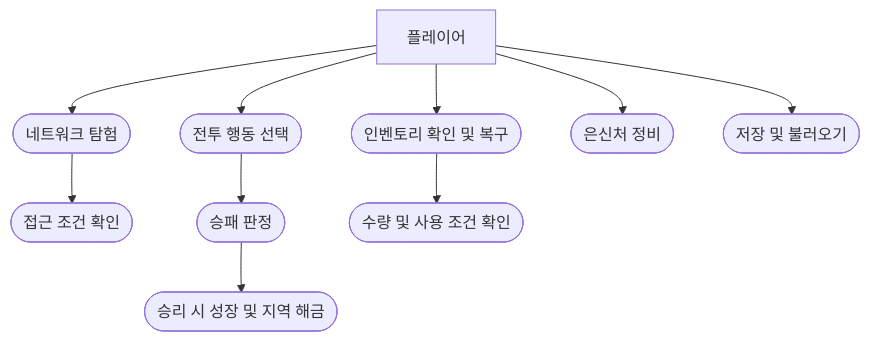
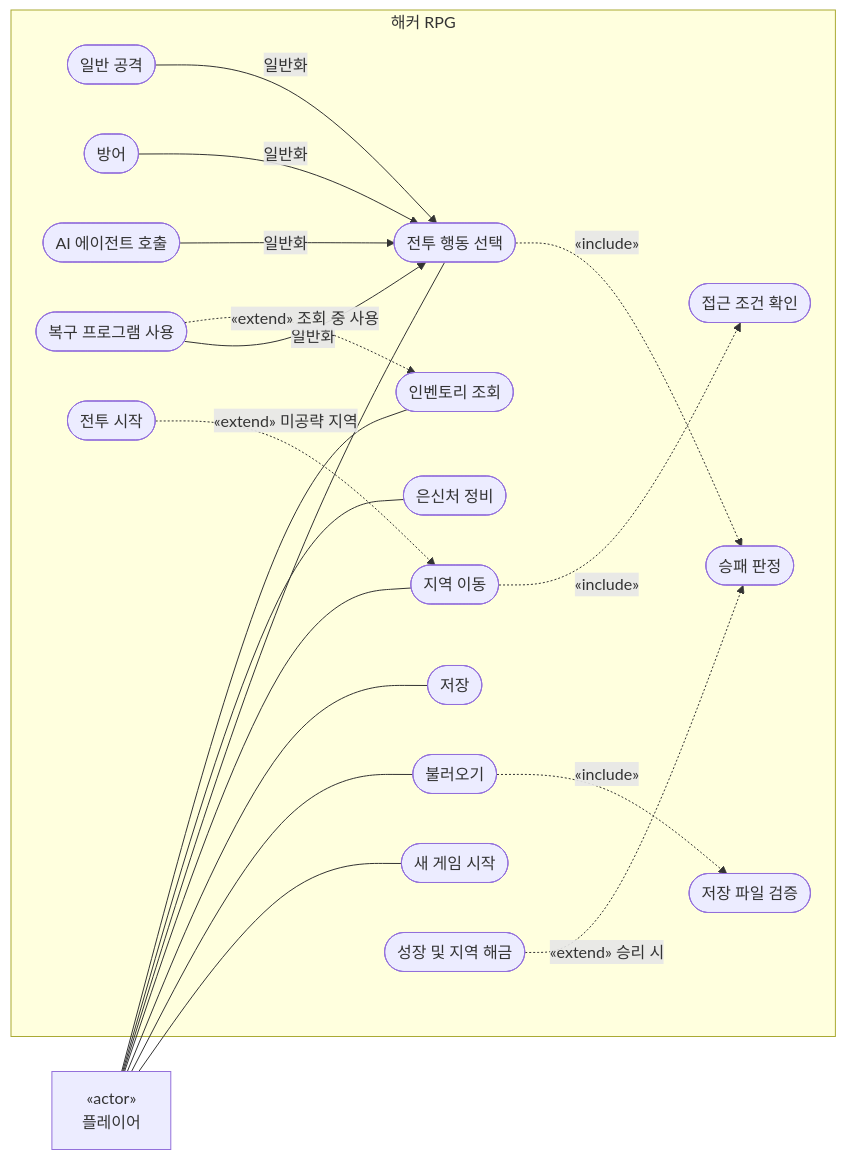
Before and after one commit to LeeSan0919/sw-eng-rpg: the third of 6 diagrams in SOW.md, drawn with Mermaid. The commit also changed other lines of this file, not shown here.

Commit message:
작업명세서: 6.1을 UML 표기의 유스케이스 다이어그램으로 교체
- 액터·시스템 경계·유스케이스 16개, 일반화 4개, include 3개, extend 3개
- 표기 설명 추가 (Mermaid에 유스케이스 형식이 없어 flowchart로 대신함)

````diff
--- a/SOW.md
+++ b/SOW.md
@@ -134,12 +134,33 @@
 ```mermaid
-flowchart TD
-    P[플레이어] --> M([네트워크 탐험])
-    P --> B([전투 행동 선택])
-    P --> I([인벤토리 확인 및 복구])
-    P --> R([은신처 정비])
-    P --> S([저장 및 불러오기])
-    M --> U([접근 조건 확인])
-    B --> V([승패 판정])
-    V --> X([승리 시 성장 및 지역 해금])
-    I --> Q([수량 및 사용 조건 확인])
+flowchart LR
+    P["«actor»<br/>플레이어"]
+    subgraph SYS["해커 RPG"]
+        NEW([새 게임 시작])
+        LOAD([불러오기])
+        SAVE([저장])
+        MOVE([지역 이동])
+        ACT([전투 행동 선택])
+        REST([은신처 정비])
+        INV([인벤토리 조회])
+        ATK([일반 공격])
+        DEF([방어])
+        AI([AI 에이전트 호출])
+        REC([복구 프로그램 사용])
+        CHK([접근 조건 확인])
+        BATTLE([전투 시작])
+        JUDGE([승패 판정])
+        GROW([성장 및 지역 해금])
+        VERIFY([저장 파일 검증])
+    end
+    P --- NEW & LOAD & SAVE & MOVE & ACT & REST & INV
+    ATK -->|일반화| ACT
+    DEF -->|일반화| ACT
+    AI -->|일반화| ACT
+    REC -->|일반화| ACT
+    MOVE -.->|"«include»"| CHK
+    ACT -.->|"«include»"| JUDGE
+    LOAD -.->|"«include»"| VERIFY
+    BATTLE -.->|"«extend» 미공략 지역"| MOVE
+    GROW -.->|"«extend» 승리 시"| JUDGE
+    REC -.->|"«extend» 조회 중 사용"| INV
 ```
````
